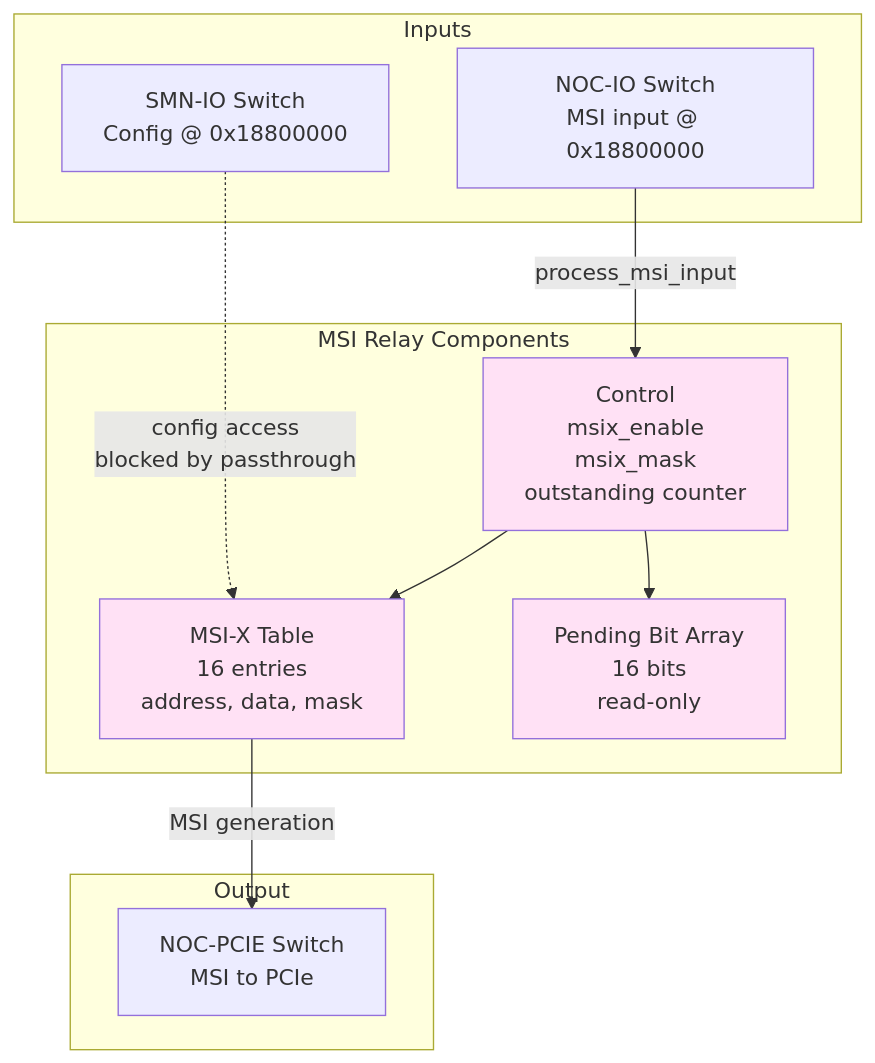
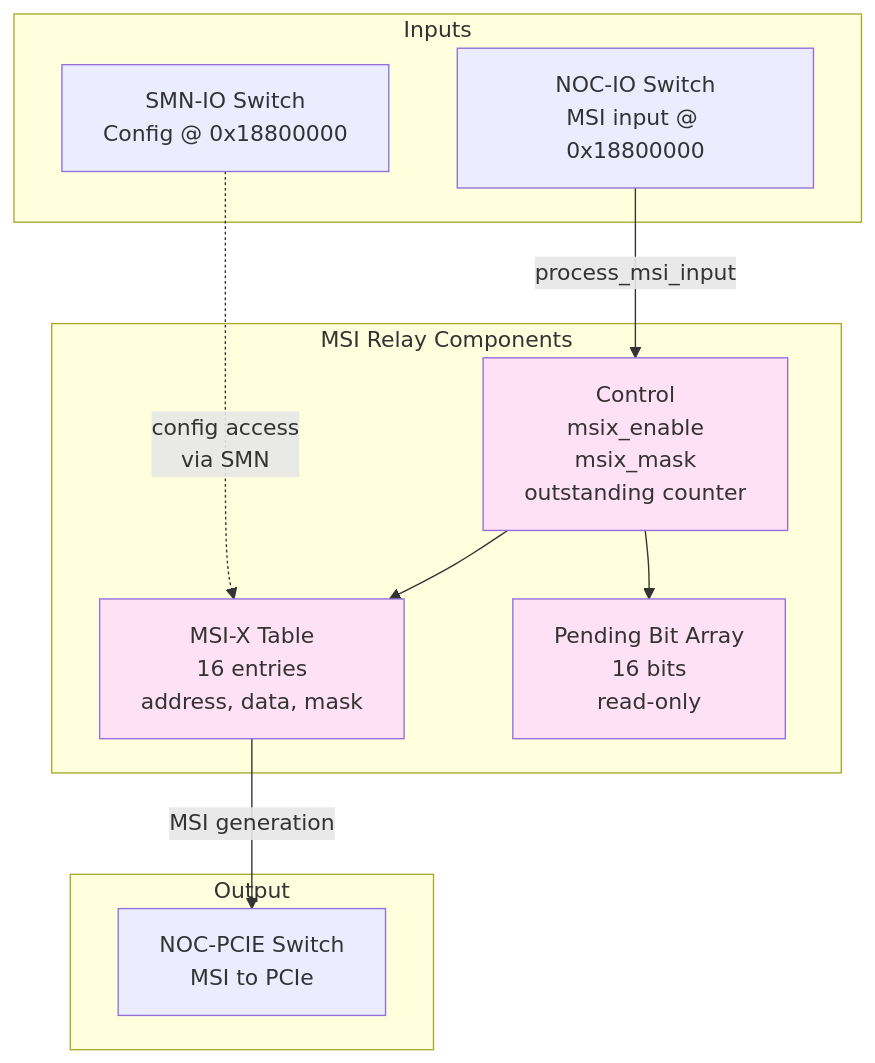
One commit to pdroyTT/Keraunos_PCIe_TILE changed diagram 20 of 27 in docs_source/hld.md. Above: the diagram before and after it, drawn with Mermaid. The commit also changed other lines of this file and 744 other files, not shown here.

````diff
--- a/docs_source/hld.md
+++ b/docs_source/hld.md
@@ -1468,27 +1467,27 @@
 ```{mermaid}
 graph TB
     subgraph "MSI Relay Components"
         TBL[MSI-X Table<br/>16 entries<br/>address, data, mask]
         PBA[Pending Bit Array<br/>16 bits<br/>read-only]
         CTL[Control<br/>msix_enable<br/>msix_mask<br/>outstanding counter]
     end
     
     subgraph "Inputs"
         NOCI[NOC-IO Switch<br/>MSI input @ 0x18800000]
         SMNI[SMN-IO Switch<br/>Config @ 0x18800000]
     end
     
     subgraph "Output"
         NOCP[NOC-PCIE Switch<br/>MSI to PCIe]
     end
     
     NOCI -->|process_msi_input| CTL
-    SMNI -.->|config access<br/>blocked by passthrough| TBL
+    SMNI -.->|config access<br/>via SMN| TBL
     CTL --> TBL
     CTL --> PBA
     TBL -->|MSI generation| NOCP
     
     style TBL fill:#ffe1f5
     style PBA fill:#ffe1f5
     style CTL fill:#ffe1f5
 ```
````
